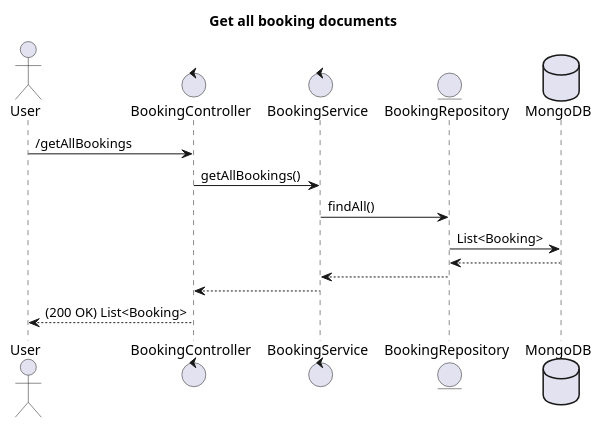
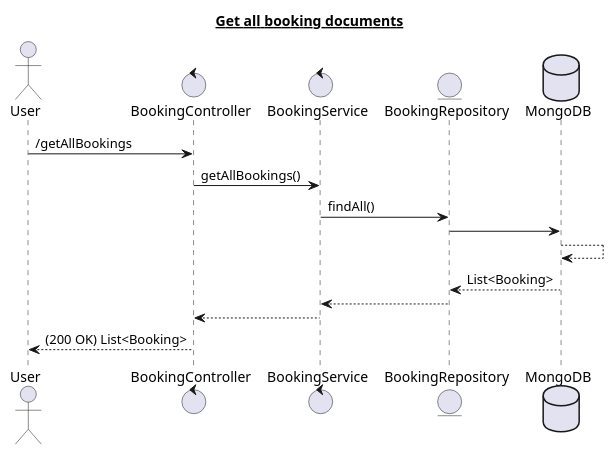
Before and after one commit to Akash-k-hub/ParkingLot: the diagram in flows/booking/getAllBookings.puml, drawn with PlantUML. The commit also changed 19 other files, not shown here.

```diff
--- a/flows/booking/getAllBookings.puml
+++ b/flows/booking/getAllBookings.puml
@@ -1,19 +1,20 @@
 @startuml
-title "Get all booking documents"
+title <U> Get all booking documents
 
 actor User
 control "BookingController" as Controller
 control "BookingService" as Service
 entity BookingRepository as Dao
 database MongoDB as DB
 
 User -> Controller : /getAllBookings
 Controller -> Service : getAllBookings()
 Service -> Dao : findAll()
-Dao -> DB : List<Booking>
-DB --> Dao
+Dao -> DB
+DB --> DB
+DB --> Dao : List<Booking>
 Dao --> Service
 Service --> Controller
 Controller --> User : (200 OK) List<Booking>
 
 @enduml
```
